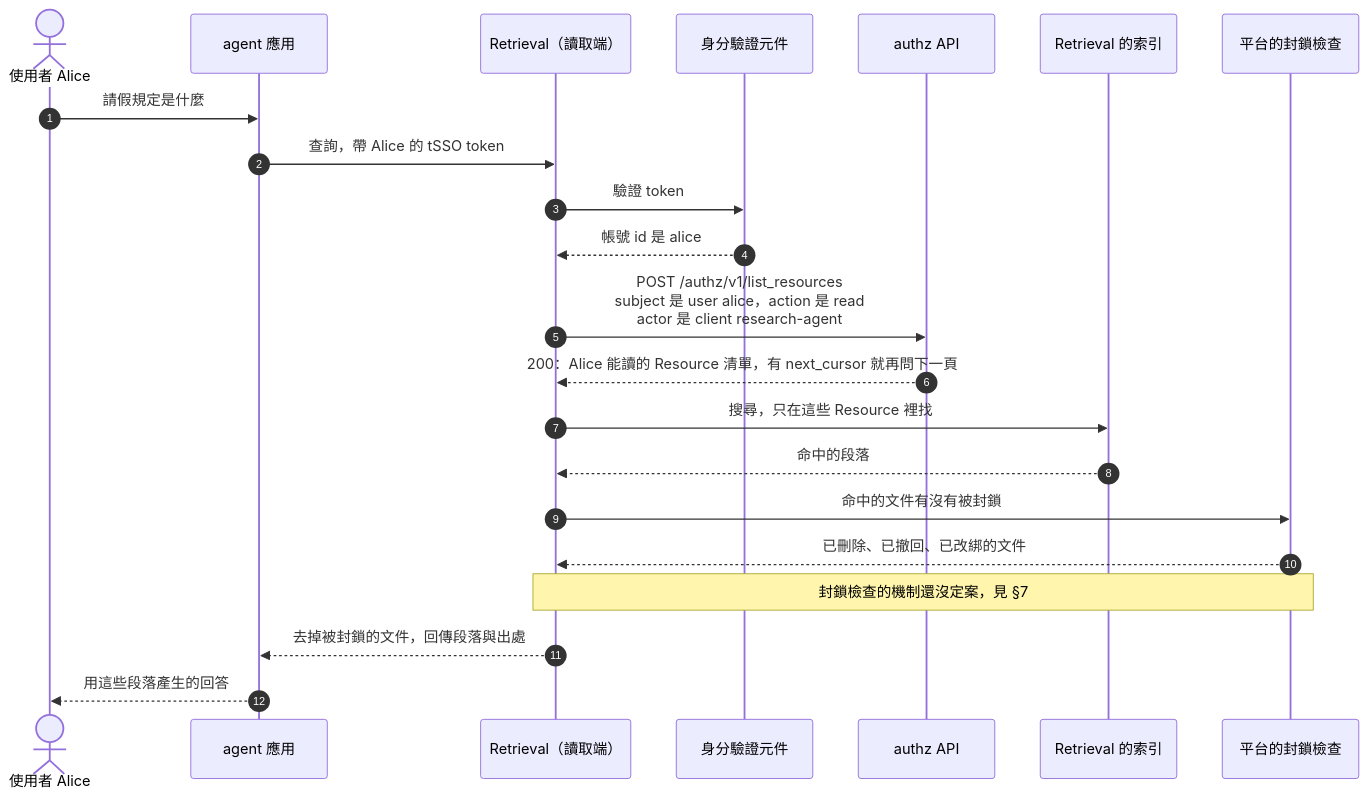
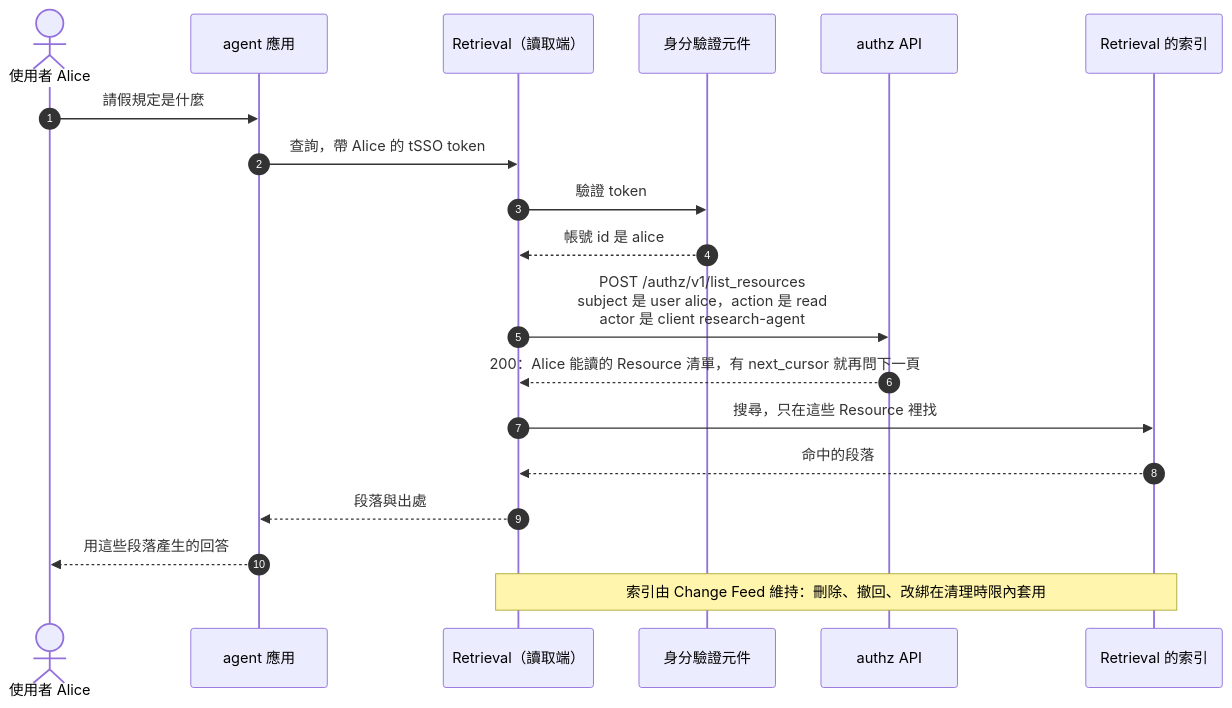
The third of 6 diagrams in docs/design/knowledge-platform-authorization-guide.md (davidlinnnn/data-ingestion), drawn with Mermaid before and after one commit. The commit also changed other lines of this file and 5 other files, not shown here.

````diff
--- a/docs/design/knowledge-platform-authorization-guide.md
+++ b/docs/design/knowledge-platform-authorization-guide.md
@@ -241,24 +243,21 @@
 ```mermaid
 sequenceDiagram
   autonumber
   actor U as 使用者 Alice
   participant A as agent 應用
   participant R as Retrieval（讀取端）
   participant I as 身分驗證元件
   participant Z as authz API
   participant X as Retrieval 的索引
-  participant P as 平台的封鎖檢查
   U->>A: 請假規定是什麼
   A->>R: 查詢，帶 Alice 的 tSSO token
   R->>I: 驗證 token
   I-->>R: 帳號 id 是 alice
   R->>Z: POST /authz/v1/list_resources<br/>subject 是 user alice，action 是 read<br/>actor 是 client research-agent
   Z-->>R: 200：Alice 能讀的 Resource 清單，有 next_cursor 就再問下一頁
   R->>X: 搜尋，只在這些 Resource 裡找
   X-->>R: 命中的段落
-  R->>P: 命中的文件有沒有被封鎖
-  P-->>R: 已刪除、已撤回、已改綁的文件
-  Note over R,P: 封鎖檢查的機制還沒定案，見 §7
-  R-->>A: 去掉被封鎖的文件，回傳段落與出處
+  R-->>A: 段落與出處
   A-->>U: 用這些段落產生的回答
+  Note over R,X: 索引由 Change Feed 維持：刪除、撤回、改綁在清理時限內套用
 ```
````
